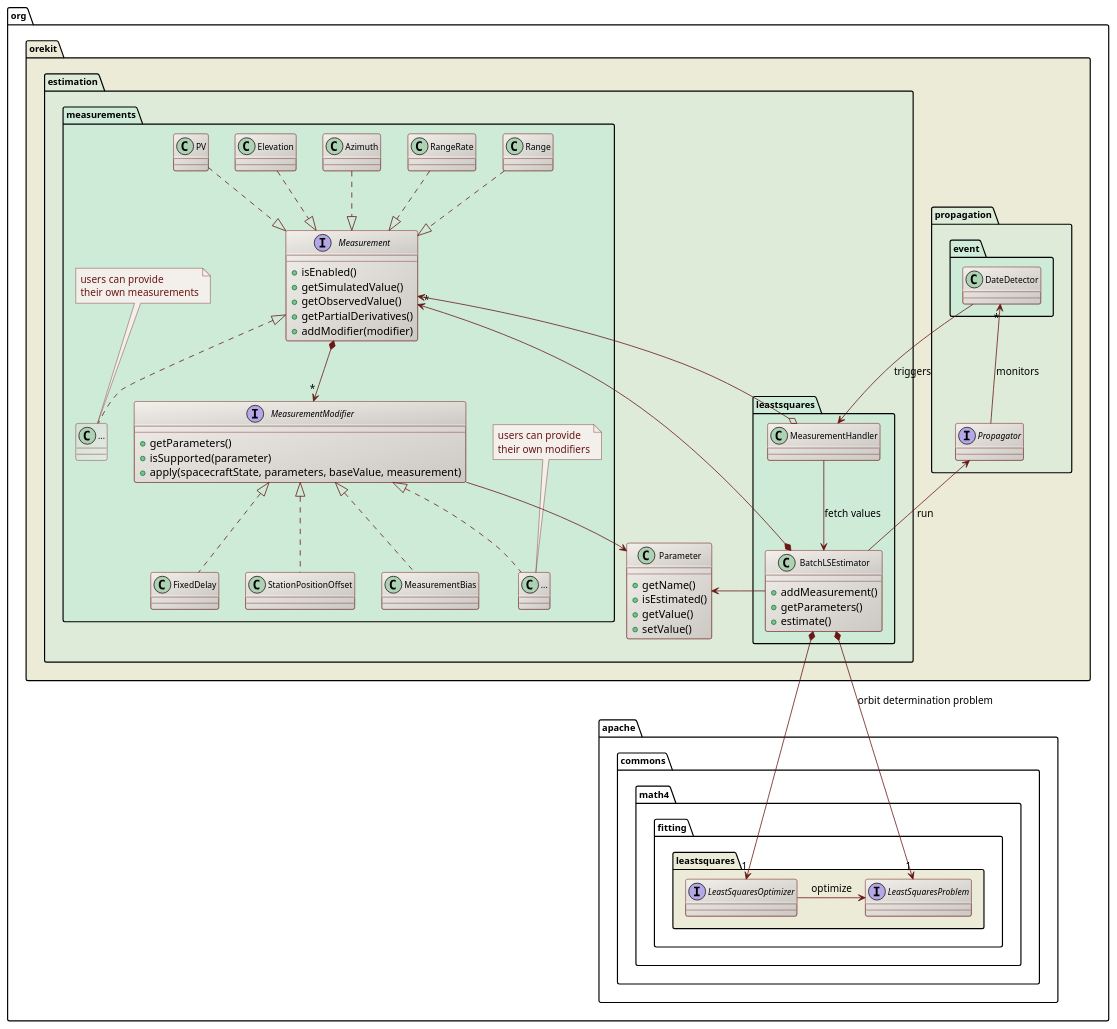
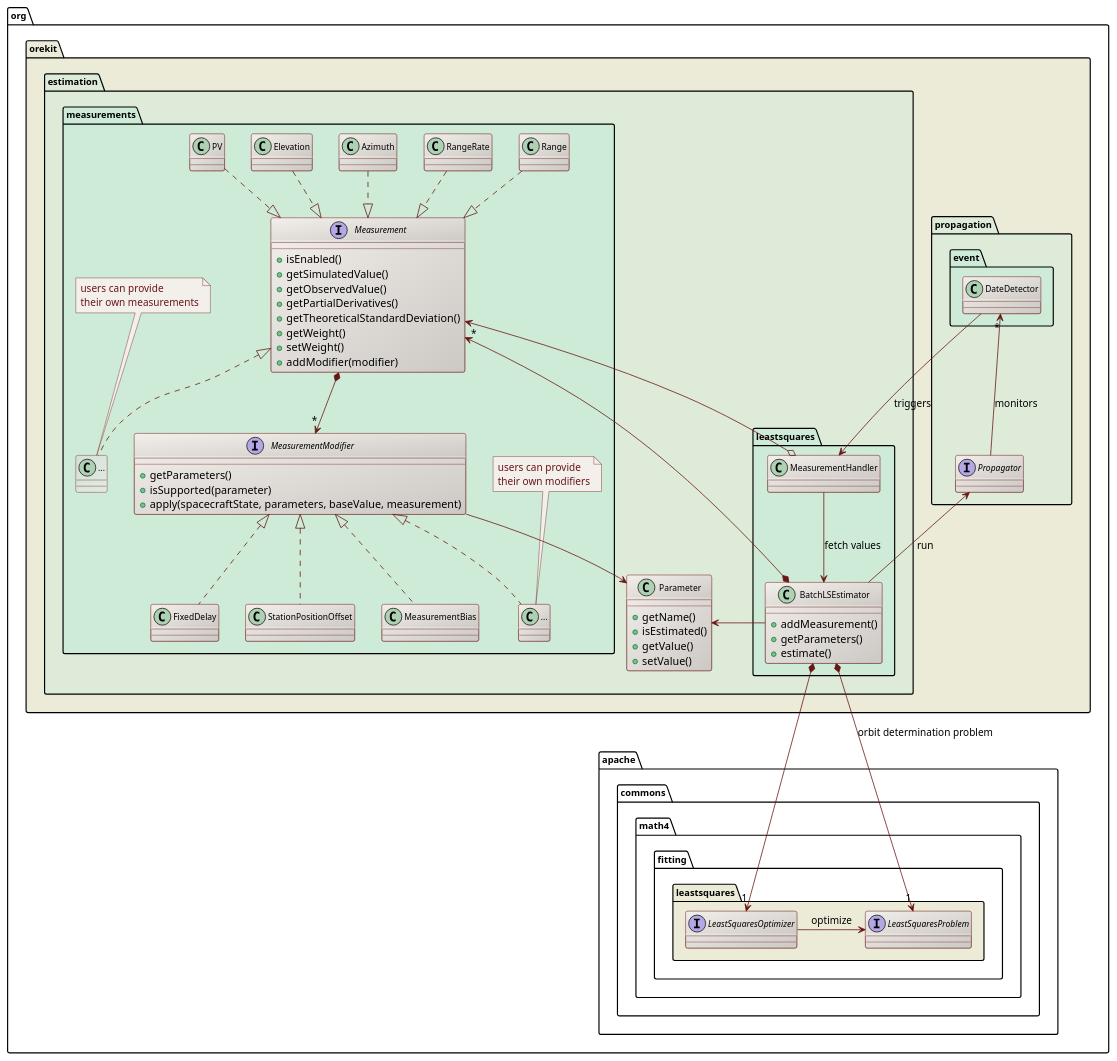
The diagram in src/design/orbit-determination-class-diagram.puml (CS-SI/Orekit), drawn with PlantUML before and after one commit. The commit also changed 1 other file, not shown here.

Commit message:
Added weight API.

```diff
--- a/src/design/orbit-determination-class-diagram.puml
+++ b/src/design/orbit-determination-class-diagram.puml
@@ -17,113 +17,116 @@
 @startuml
 
   skinparam svek                  true
   skinparam ClassBackgroundColor  #F3EFEB/CCC9C5
   skinparam ClassArrowColor       #691616
   skinparam ClassBorderColor      #691616
   skinparam NoteBackgroundColor   #F3EFEB
   skinparam NoteBorderColor       #691616
   skinparam NoteFontColor         #691616
   skinparam ClassFontSize         11
   skinparam PackageFontSize       12
 
   package org.orekit #ECEBD8 {
 
     package propagation #DDEBD8 {
         package event #CEEBD8 {
             class DateDetector
         }
         interface Propagator
         DateDetector "*" <-- Propagator : monitors
     }
 
     package estimation #DDEBD8 {
 
         package leastsquares #CEEBD8 {
 
             class MeasurementHandler
             class BatchLSEstimator {
               +addMeasurement()
               +getParameters()
               +estimate()
             }
 
             DateDetector --> MeasurementHandler : triggers
 
             MeasurementHandler --> BatchLSEstimator : fetch values
             Propagator <-- BatchLSEstimator : run
 
         }
 
         package measurements #CEEBD8 {
 
             interface Measurement {
               +isEnabled()
               +getSimulatedValue()
               +getObservedValue()
               +getPartialDerivatives()
+              +getTheoreticalStandardDeviation()
+              +getWeight()
+              +setWeight()
               +addModifier(modifier)
             }
 
             interface MeasurementModifier {
               +getParameters()
               +isSupported(parameter)
               +apply(spacecraftState, parameters, baseValue, measurement)
             }
 
             class "..." as OtherModifier #D5E0D5/E2EBE2
             note top
               users can provide
               their own modifiers
             end note
             class MeasurementBias
             class FixedDelay
             class StationPositionOffset
             class OtherModifier
 
             Measurement *--> "*" MeasurementModifier
             class "..." as OtherMeasurement #D5E0D5/E2EBE2
             note top
               users can provide
               their own measurements
             end note
             Measurement <|.. OtherMeasurement
             Range      ..|> Measurement
             RangeRate  ..|> Measurement
             Azimuth    ..|> Measurement
             Elevation  ..|> Measurement
             PV         ..|> Measurement
             MeasurementModifier <|.. MeasurementBias
             MeasurementModifier <|.. FixedDelay
             MeasurementModifier <|.. StationPositionOffset
             MeasurementModifier <|.. OtherModifier
 
             BatchLSEstimator *--> "*" Measurement
             Measurement <--o MeasurementHandler
 
         }
 
 
         class Parameter {
             +getName()
             +isEstimated()
             +getValue()
             +setValue()
         }
         MeasurementModifier --> Parameter
         Parameter <-- BatchLSEstimator
 
     }
 
   }
 
   package org.apache.commons.math4.fitting.leastsquares #ECEBD8 {
 
           interface LeastSquaresProblem
           interface LeastSquaresOptimizer
           LeastSquaresOptimizer -right-> LeastSquaresProblem  : optimize
           BatchLSEstimator *--> "1" LeastSquaresProblem : orbit determination problem
           BatchLSEstimator *--> "1" LeastSquaresOptimizer
 
   }
 
 @enduml
```
